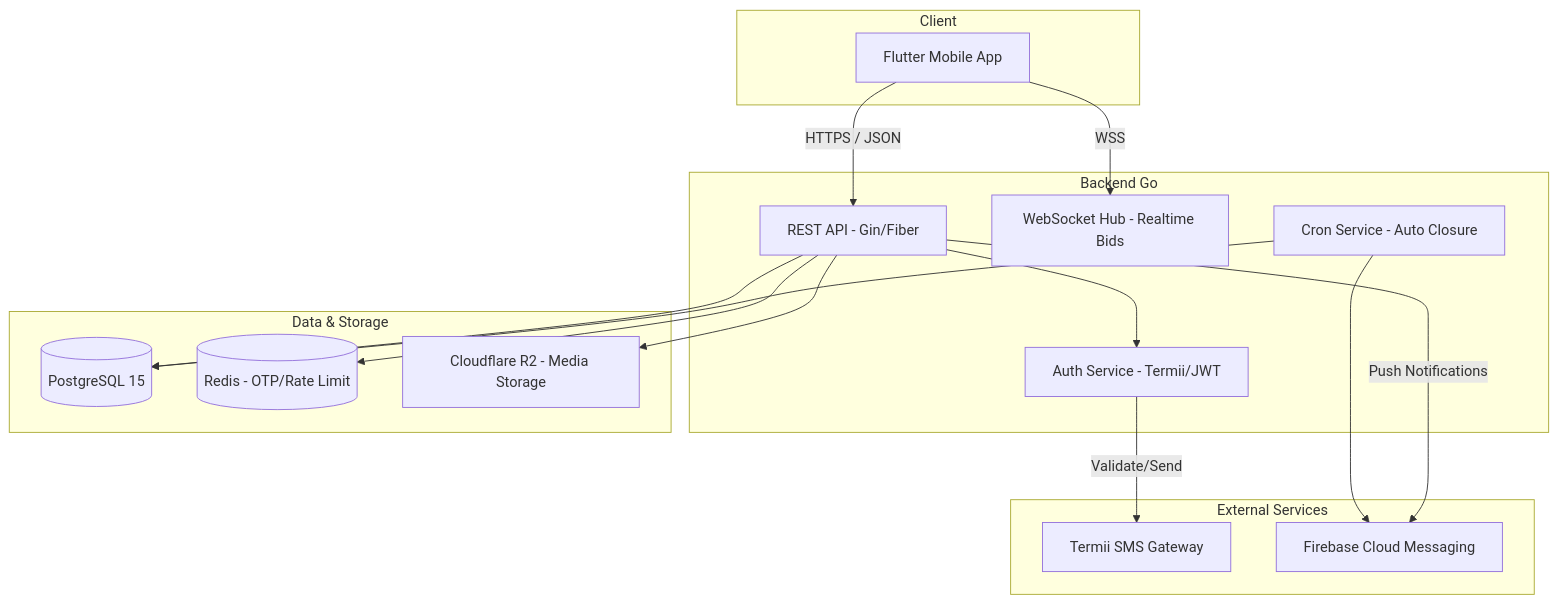
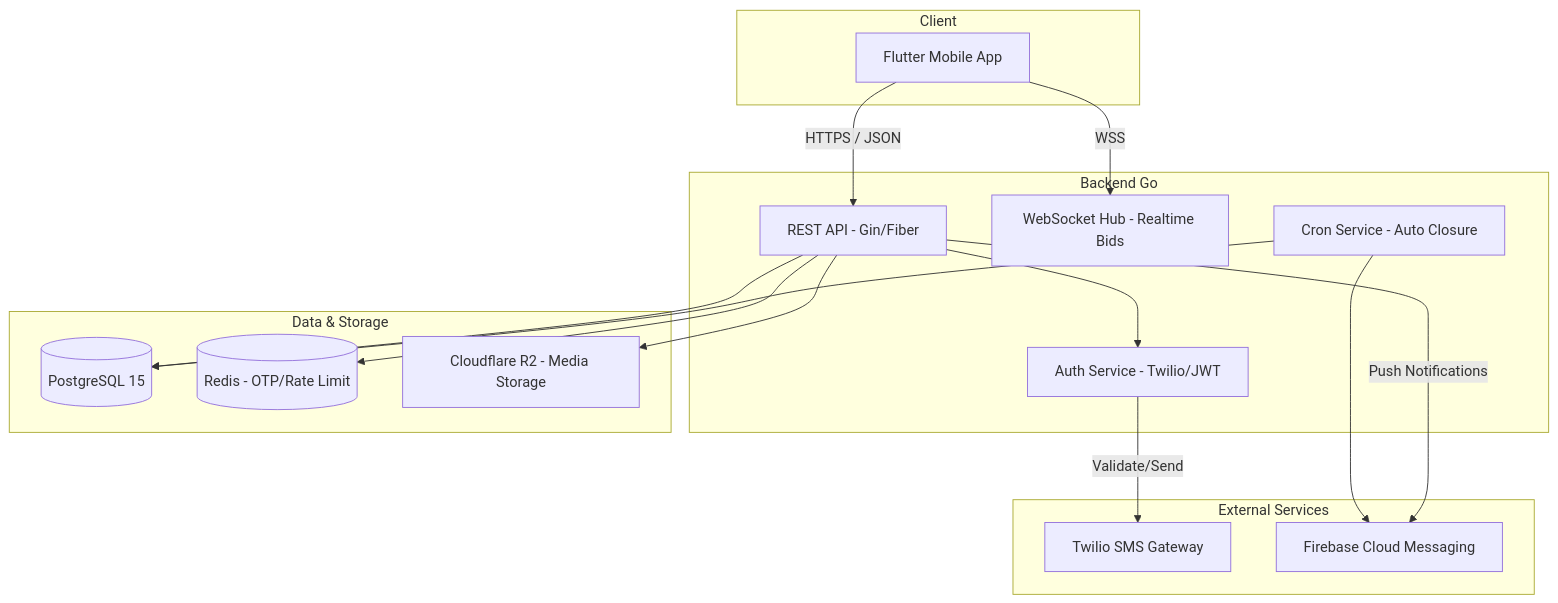
One commit to saadmedaly/MazadPay changed the first of 4 diagrams in CONCEPTION.md. Above: the diagram before and after it, drawn with Mermaid. The commit also changed other lines of this file and 46 other files, not shown here.

````diff
--- a/CONCEPTION.md
+++ b/CONCEPTION.md
@@ -12,35 +12,35 @@
 ```mermaid
 graph TD
     subgraph Client
         App[Flutter Mobile App]
     end
 
     subgraph "Backend Go"
         API[REST API - Gin/Fiber]
         WS[WebSocket Hub - Realtime Bids]
         Cron[Cron Service - Auto Closure]
-        Auth[Auth Service - Termii/JWT]
+        Auth[Auth Service - Twilio/JWT]
     end
 
     subgraph "Data & Storage"
         DB[(PostgreSQL 15)]
         Cache[(Redis - OTP/Rate Limit)]
         S3[Cloudflare R2 - Media Storage]
     end
 
     subgraph "External Services"
-        Termii[Termii SMS Gateway]
+        Twilio[Twilio SMS Gateway]
         FCM[Firebase Cloud Messaging]
     end
 
     App -- "HTTPS / JSON" --> API
     App -- "WSS" --> WS
     API --> Auth
-    Auth -- "Validate/Send" --> Termii
+    Auth -- "Validate/Send" --> Twilio
     API --> DB
     API --> Cache
     API --> S3
     Cron --> DB
     Cron --> FCM
     API -- "Push Notifications" --> FCM
 ```
````
